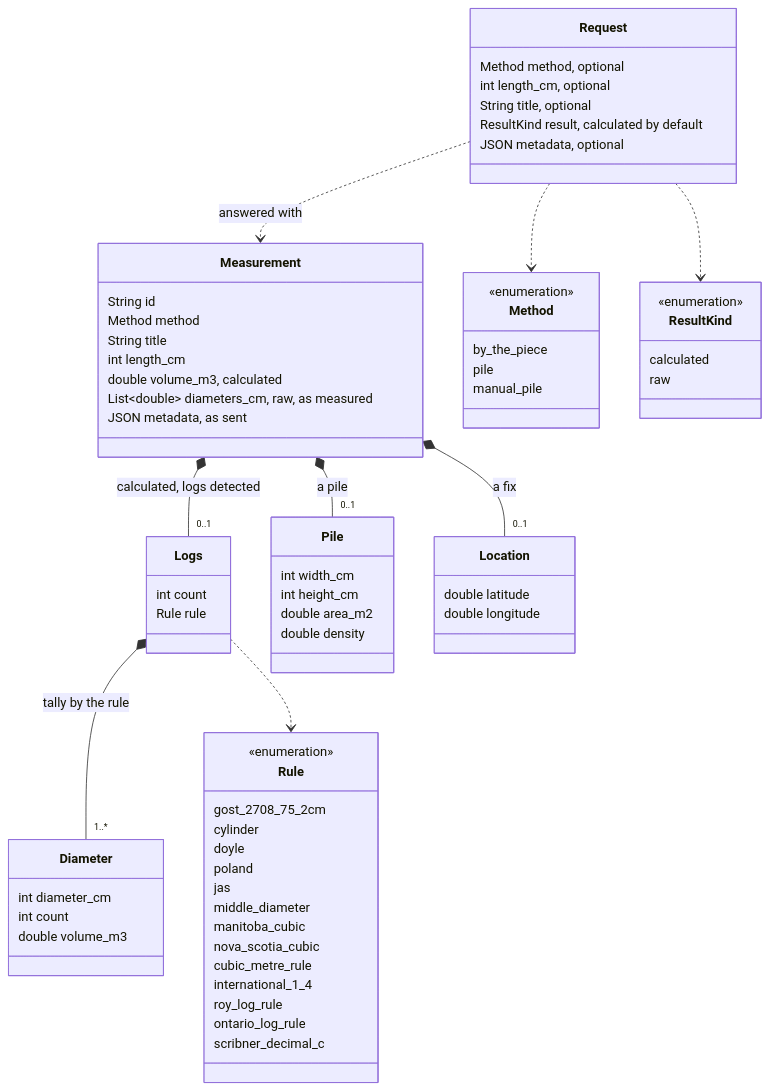
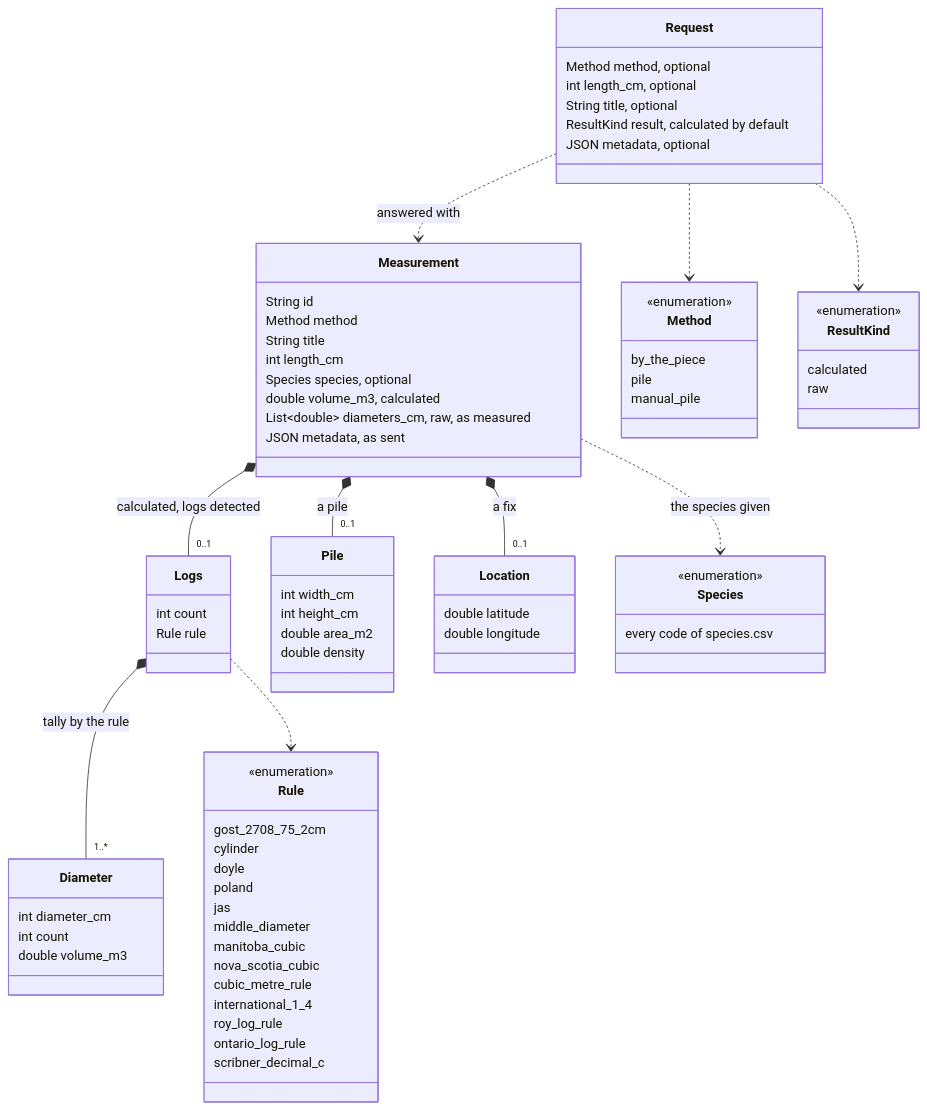
The diagram in README.md (Logsizer-Pro/logsizer-api-caller), drawn with Mermaid before and after one commit. The commit also changed other lines of this file and 1 other file, not shown here.

First line of the commit message:
The species in the result, and the list of their codes

````diff
--- a/README.md
+++ b/README.md
@@ -14,73 +14,79 @@
 ```mermaid
 classDiagram
     class Request {
         Method method, optional
         int length_cm, optional
         String title, optional
         ResultKind result, calculated by default
         JSON metadata, optional
     }
     class Measurement {
         String id
         Method method
         String title
         int length_cm
+        Species species, optional
         double volume_m3, calculated
         List~double~ diameters_cm, raw, as measured
         JSON metadata, as sent
     }
     class Logs {
         int count
         Rule rule
     }
     class Diameter {
         int diameter_cm
         int count
         double volume_m3
     }
     class Pile {
         int width_cm
         int height_cm
         double area_m2
         double density
     }
     class Location {
         double latitude
         double longitude
     }
     class Method {
         <<enumeration>>
         by_the_piece
         pile
         manual_pile
     }
     class ResultKind {
         <<enumeration>>
         calculated
         raw
     }
+    class Species {
+        <<enumeration>>
+        every code of species.csv
+    }
     class Rule {
         <<enumeration>>
         gost_2708_75_2cm
         cylinder
         doyle
         poland
         jas
         middle_diameter
         manitoba_cubic
         nova_scotia_cubic
         cubic_metre_rule
         international_1_4
         roy_log_rule
         ontario_log_rule
         scribner_decimal_c
     }
     Request ..> Measurement : answered with
     Measurement *-- "0..1" Logs : calculated, logs detected
     Logs *-- "1..*" Diameter : tally by the rule
     Logs ..> Rule
+    Measurement ..> Species : the species given
     Measurement *-- "0..1" Pile : a pile
     Measurement *-- "0..1" Location : a fix
     Request ..> Method
     Request ..> ResultKind
 ```
````
